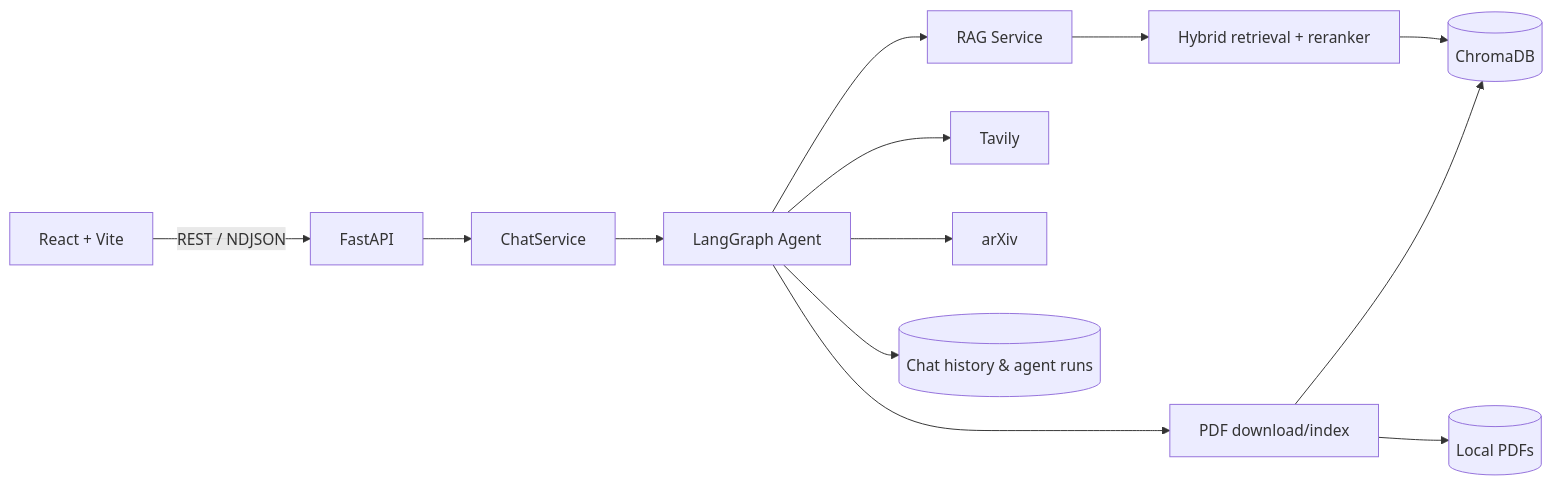
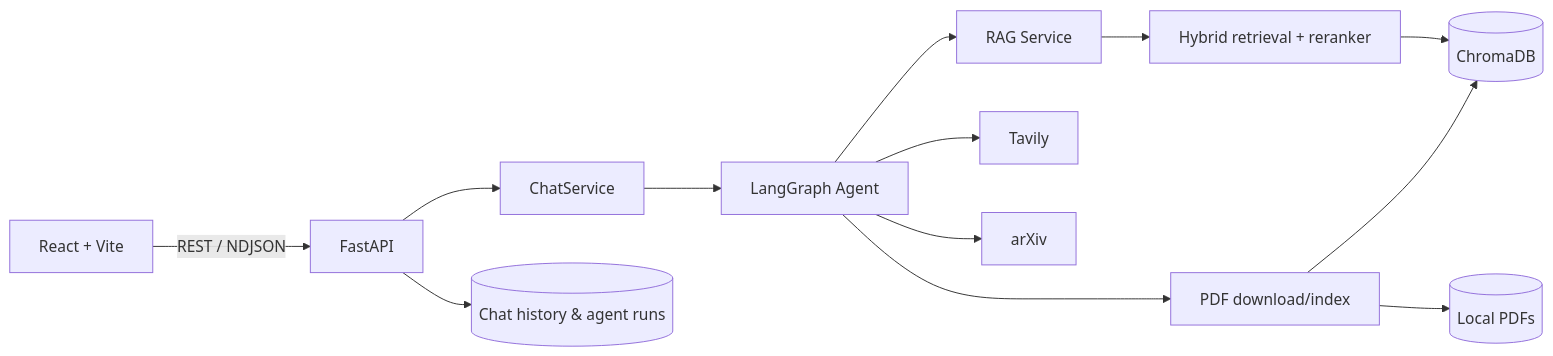
The first of 2 diagrams in README.md (8thMay03/Academic-Agentic-RAG), drawn with Mermaid before and after one commit. The commit also changed other lines of this file, not shown here.

Commit message:
Document chat history, streaming behavior, and PDF indexing setup

````diff
--- a/README.md
+++ b/README.md
@@ -22,17 +22,17 @@
 ```mermaid
 flowchart LR
     UI[React + Vite] -->|REST / NDJSON| API[FastAPI]
     API --> CHAT[ChatService]
     CHAT --> GRAPH[LangGraph Agent]
+    API --> HISTORY[(Chat history & agent runs)]
 
     GRAPH --> RAG[RAG Service]
     GRAPH --> WEB[Tavily]
     GRAPH --> ARXIV[arXiv]
     GRAPH --> PDF[PDF download/index]
 
     RAG --> RETRIEVER[Hybrid retrieval + reranker]
     RETRIEVER --> CHROMA[(ChromaDB)]
     PDF --> FILES[(Local PDFs)]
     PDF --> CHROMA
-    GRAPH --> HISTORY[(Chat history & agent runs)]
 ```
````
